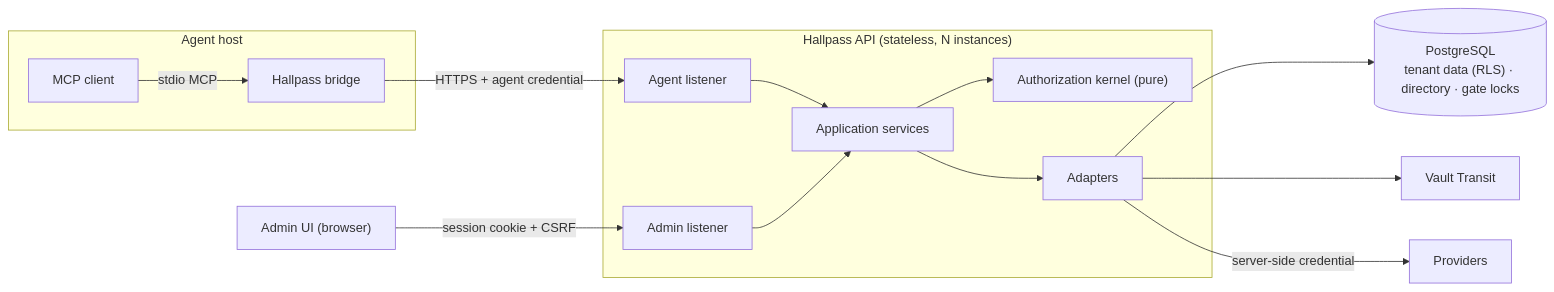
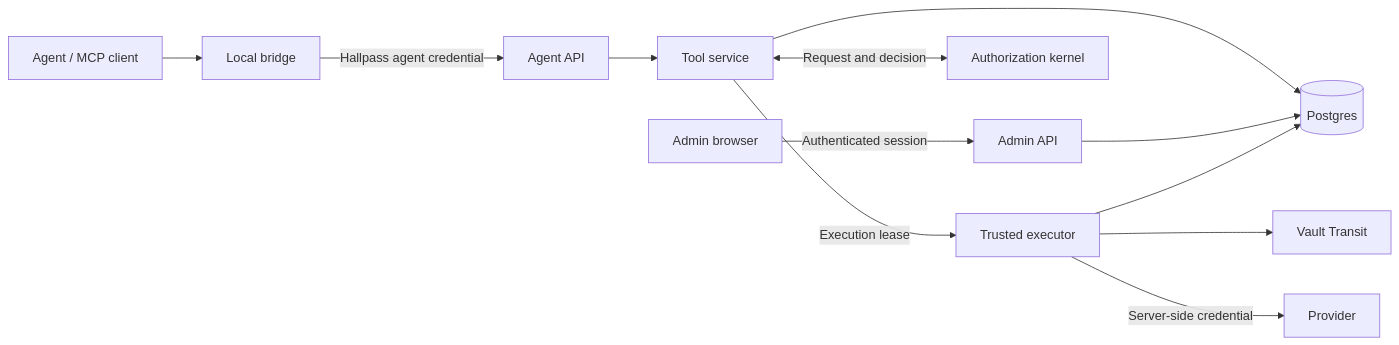
Before and after one commit to amurph491/hallpass-public: the diagram in docs/system-design.md, drawn with Mermaid. The commit also changed other lines of this file and 1 other file, not shown here.

````diff
--- a/docs/system-design.md
+++ b/docs/system-design.md
@@ -55,24 +9,14 @@
 ```mermaid
 flowchart LR
-  subgraph Client["Agent host"]
-    MC["MCP client"] -- "stdio MCP" --> BR["Hallpass bridge"]
-  end
-  UI["Admin UI (browser)"]
-
-  subgraph Server["Hallpass API (stateless, N instances)"]
-    AGL["Agent listener"] --> APP["Application services"]
-    ADL["Admin listener"] --> APP
-    APP --> K["Authorization kernel (pure)"]
-    APP --> AD["Adapters"]
-  end
-
-  PG[("PostgreSQL<br/>tenant data (RLS) · directory · gate locks")]
-  KMS["Vault Transit"]
-  PROV["Providers"]
-
-  BR -- "HTTPS + agent credential" --> AGL
-  UI -- "session cookie + CSRF" --> ADL
-  AD --> PG
-  AD --> KMS
-  AD -- "server-side credential" --> PROV
+    Agent["Agent / MCP client"] --> Bridge["Local bridge"]
+    Bridge -->|"Hallpass agent credential"| API["Agent API"]
+    Admin["Admin browser"] -->|"Authenticated session"| Control["Admin API"]
+    API --> App["Tool service"]
+    App <-->|"Request and decision"| Kernel["Authorization kernel"]
+    App -->|"Execution lease"| Executor["Trusted executor"]
+    App --> DB[("Postgres")]
+    Control --> DB
+    Executor --> DB
+    Executor --> Vault["Vault Transit"]
+    Executor -->|"Server-side credential"| Provider["Provider"]
 ```
````
